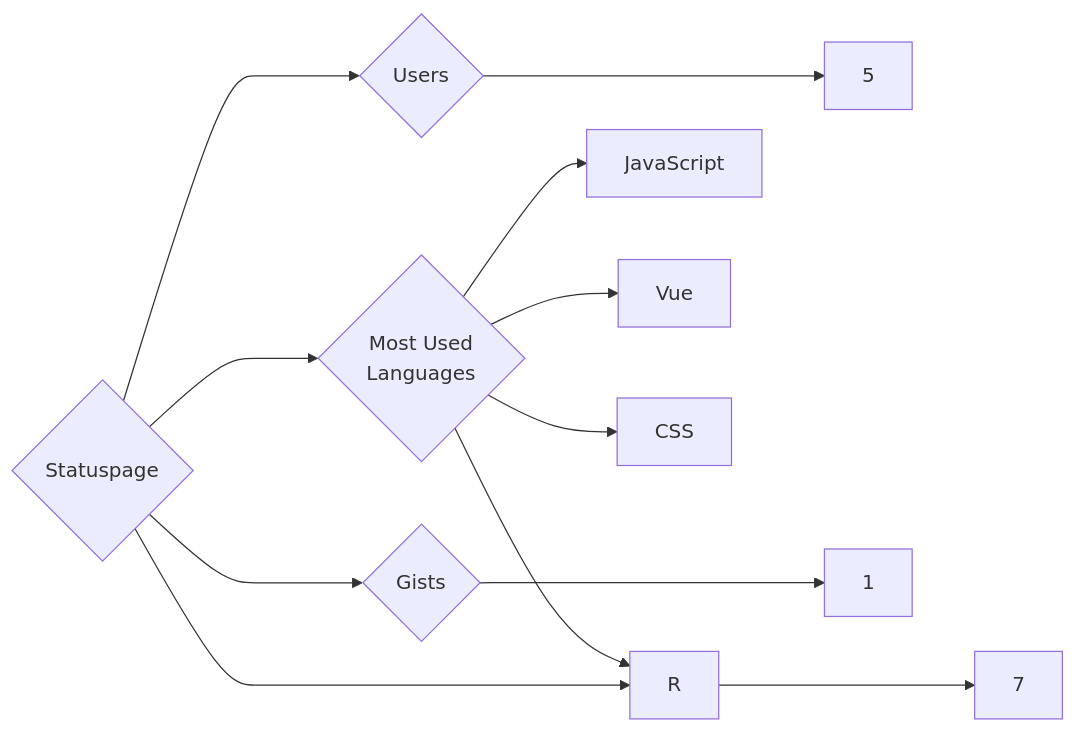
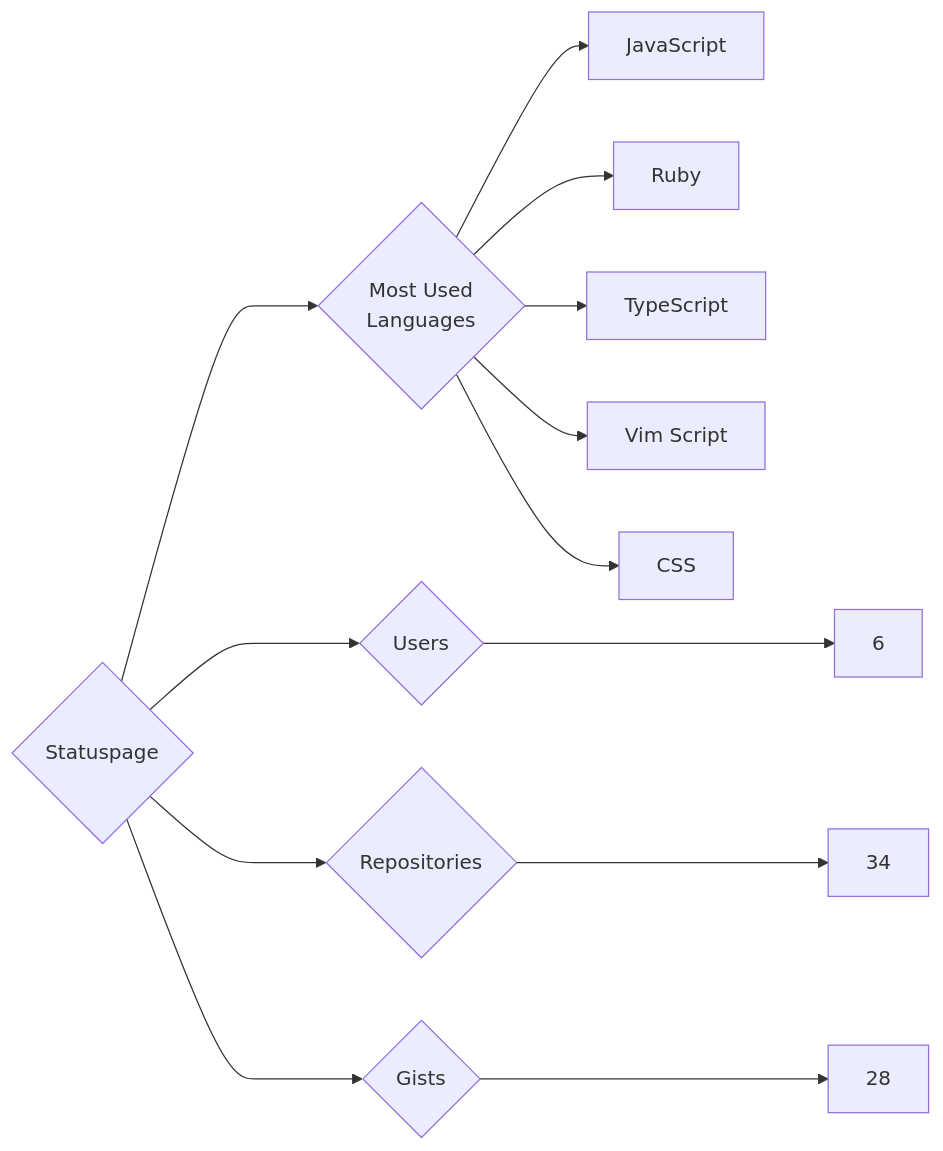
The diagram in targets/Statuspage/README.md (trickest/insiders), drawn with Mermaid before and after one commit. The commit also changed 1508 other files, not shown here.

````diff
--- a/targets/Statuspage/README.md
+++ b/targets/Statuspage/README.md
@@ -3,12 +3,13 @@
 ```mermaid
 graph LR
 COMPANY_NAME{Statuspage}
-COMPANY_NAME ---> U{Users} ---> UN[5]
-COMPANY_NAME ---> R{Repositories} ---> RN[7]
-COMPANY_NAME ---> G{Gists} ---> GN[1]
+COMPANY_NAME ---> U{Users} ---> UN[6]
+COMPANY_NAME ---> R{Repositories} ---> RN[34]
+COMPANY_NAME ---> G{Gists} ---> GN[28]
 COMPANY_NAME ---> ML{Most Used<br>Languages}
 ML --> JavaScript[JavaScript]
-ML --> Vue[Vue]
-ML --> R[R]
+ML --> Ruby[Ruby]
+ML --> TypeScript[TypeScript]
+ML --> Vim_Script[Vim Script]
 ML --> CSS[CSS]
 ```
````
